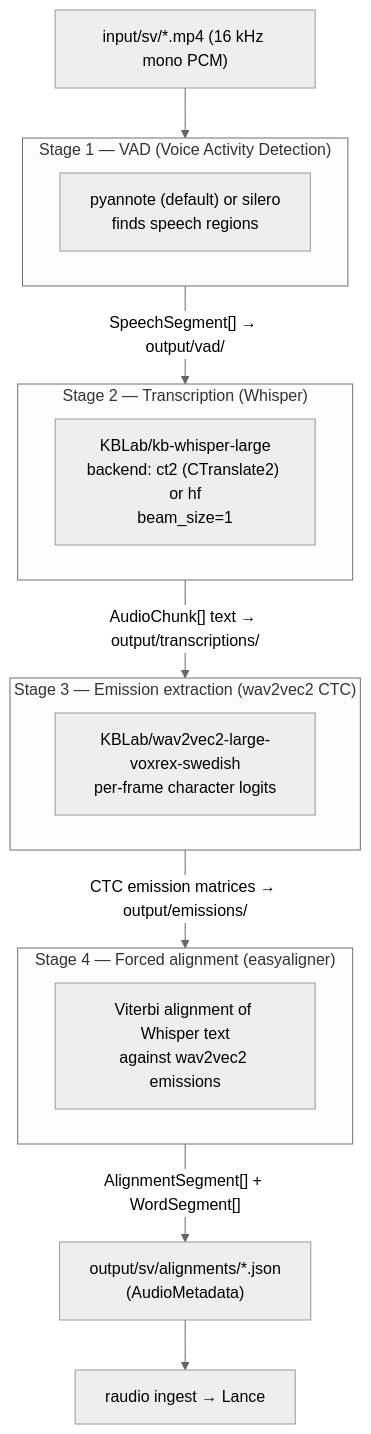
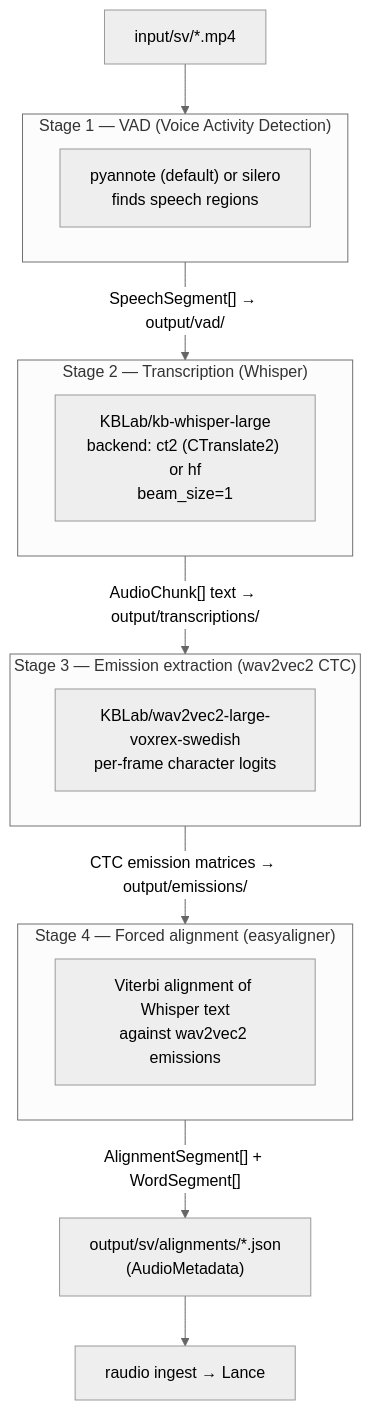
One commit to Borg93/lance-audio-demo changed the first of 5 diagrams in docs/PIPELINE.md. Above: the diagram before and after it, drawn with Mermaid (neutral theme). The commit also changed other lines of this file and 8 other files, not shown here.

````diff
--- a/docs/PIPELINE.md
+++ b/docs/PIPELINE.md
@@ -32,21 +32,21 @@
 ```mermaid
 flowchart TD
-    A["input/sv/*.mp4 (16 kHz mono PCM)"] --> S1
+    A["input/sv/*.mp4"] --> S1
     subgraph S1["Stage 1 — VAD (Voice Activity Detection)"]
         V["pyannote (default) or silero<br/>finds speech regions"]
     end
     S1 -->|"SpeechSegment[] → output/vad/"| S2
     subgraph S2["Stage 2 — Transcription (Whisper)"]
         W["KBLab/kb-whisper-large<br/>backend: ct2 (CTranslate2) or hf<br/>beam_size=1"]
     end
     S2 -->|"AudioChunk[] text → output/transcriptions/"| S3
     subgraph S3["Stage 3 — Emission extraction (wav2vec2 CTC)"]
         E["KBLab/wav2vec2-large-voxrex-swedish<br/>per-frame character logits"]
     end
     S3 -->|"CTC emission matrices → output/emissions/"| S4
     subgraph S4["Stage 4 — Forced alignment (easyaligner)"]
         F["Viterbi alignment of Whisper text<br/>against wav2vec2 emissions"]
     end
     S4 -->|"AlignmentSegment[] + WordSegment[]"| OUT["output/sv/alignments/*.json<br/>(AudioMetadata)"]
     OUT --> ING["raudio ingest → Lance"]
 ```
````
